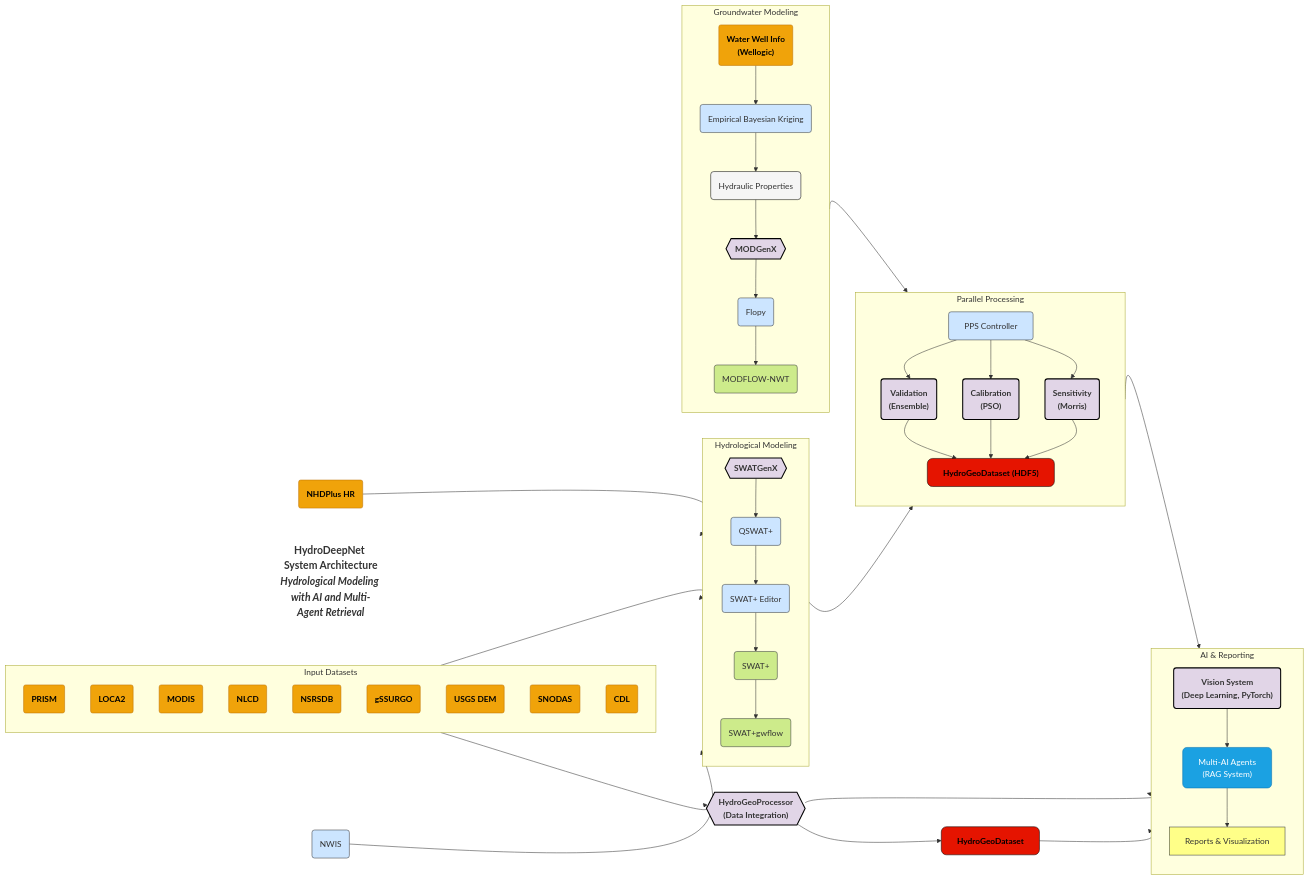
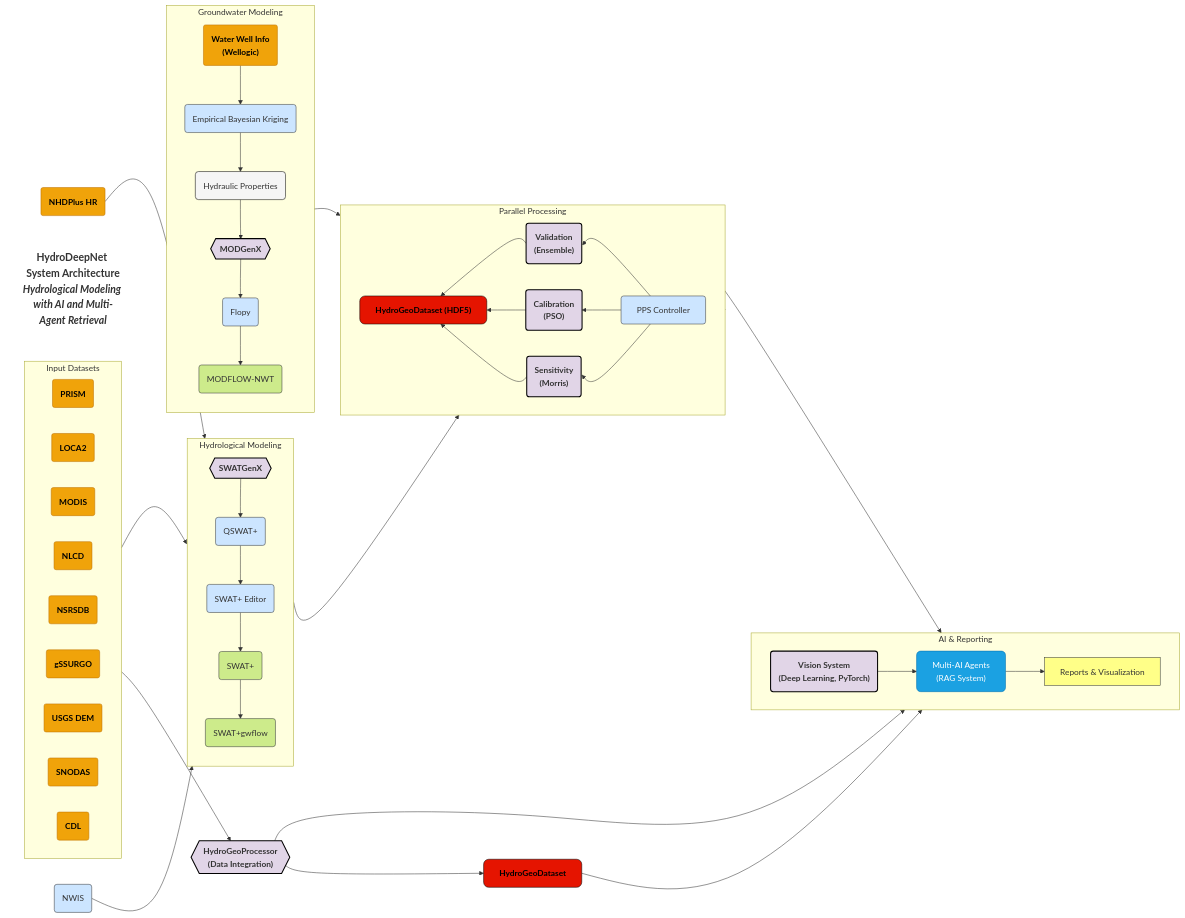
One commit to VahidMSU/HydroDeepNet changed the diagram in README.md. Above: the diagram before and after it, drawn with Mermaid.

Commit message:
Fix Mermaid rendering issue

```diff
--- a/README.md
+++ b/README.md
@@ -23,7 +23,7 @@
 
     %% 1. INPUT DATASETS
     subgraph Input_Datasets["Input Datasets"]
-    direction TB
+    direction LR
         PRISM("PRISM"):::datasource
         LOCA2("LOCA2"):::datasource
         MODIS("MODIS"):::datasource
@@ -66,7 +66,7 @@
 
     %% 4. PARALLEL PROCESSING
     subgraph Parallel_Processing["Parallel Processing"]
-    direction TB
+    direction RL
         PPS["PPS Controller"]:::existing
         Validation("Validation<br>(Ensemble)"):::developed
         Calibration("Calibration<br>(PSO)"):::developed
@@ -76,7 +76,7 @@
 
     %% 5. AI & REPORTING
     subgraph AI_Reporting["AI & Reporting"]
-    direction TB
+    direction LR
         VisionSystem("Vision System<br>(Deep Learning, PyTorch)"):::developed
         MultiAI["Multi-AI Agents<br>(RAG System)"]:::llm
         Reports["Reports & Visualization"]:::document
```
